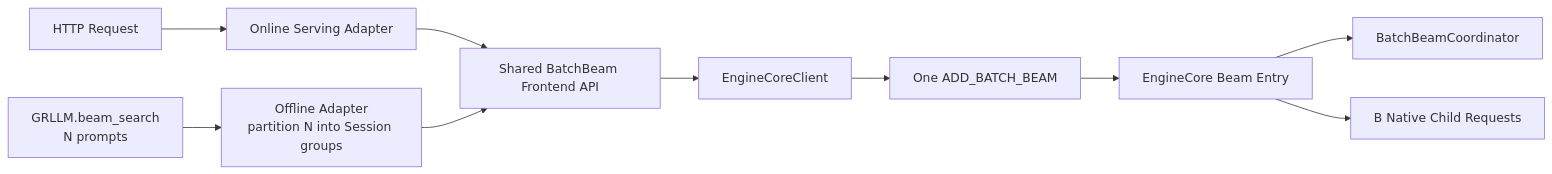
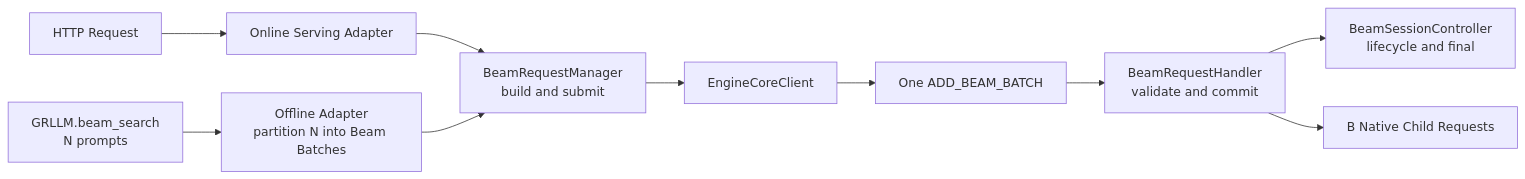
The first of 2 diagrams in vllm-GR/serving_to_enginecore_batch_beam_entry_design.md (zhanghanleo10/gr-related), drawn with Mermaid before and after one commit. The commit also changed other lines of this file, not shown here.

Commit message:
docs: clarify Beam entry module naming and contracts

````diff
--- a/vllm-GR/serving_to_enginecore_batch_beam_entry_design.md
+++ b/vllm-GR/serving_to_enginecore_batch_beam_entry_design.md
@@ -18,23 +18,23 @@
 ```mermaid
 flowchart LR
     HTTP[HTTP Request]
     OFFCALL[GRLLM.beam_search<br/>N prompts]
     SERVING[Online Serving Adapter]
-    OFFLINE[Offline Adapter<br/>partition N into Session groups]
-    API[Shared BatchBeam Frontend API]
+    OFFLINE[Offline Adapter<br/>partition N into Beam Batches]
+    API[BeamRequestManager<br/>build and submit]
     CLIENT[EngineCoreClient]
-    WIRE[One ADD_BATCH_BEAM]
-    ENTRY[EngineCore Beam Entry]
-    COORD[BatchBeamCoordinator]
+    WIRE[One ADD_BEAM_BATCH]
+    HANDLER[BeamRequestHandler<br/>validate and commit]
+    SESSION[BeamSessionController<br/>lifecycle and final]
     CHILD[B Native Child Requests]
 
     HTTP --> SERVING
     OFFCALL --> OFFLINE
     SERVING --> API
     OFFLINE --> API
     API --> CLIENT
     CLIENT --> WIRE
-    WIRE --> ENTRY
-    ENTRY --> COORD
-    ENTRY --> CHILD
+    WIRE --> HANDLER
+    HANDLER --> SESSION
+    HANDLER --> CHILD
 ```
````
